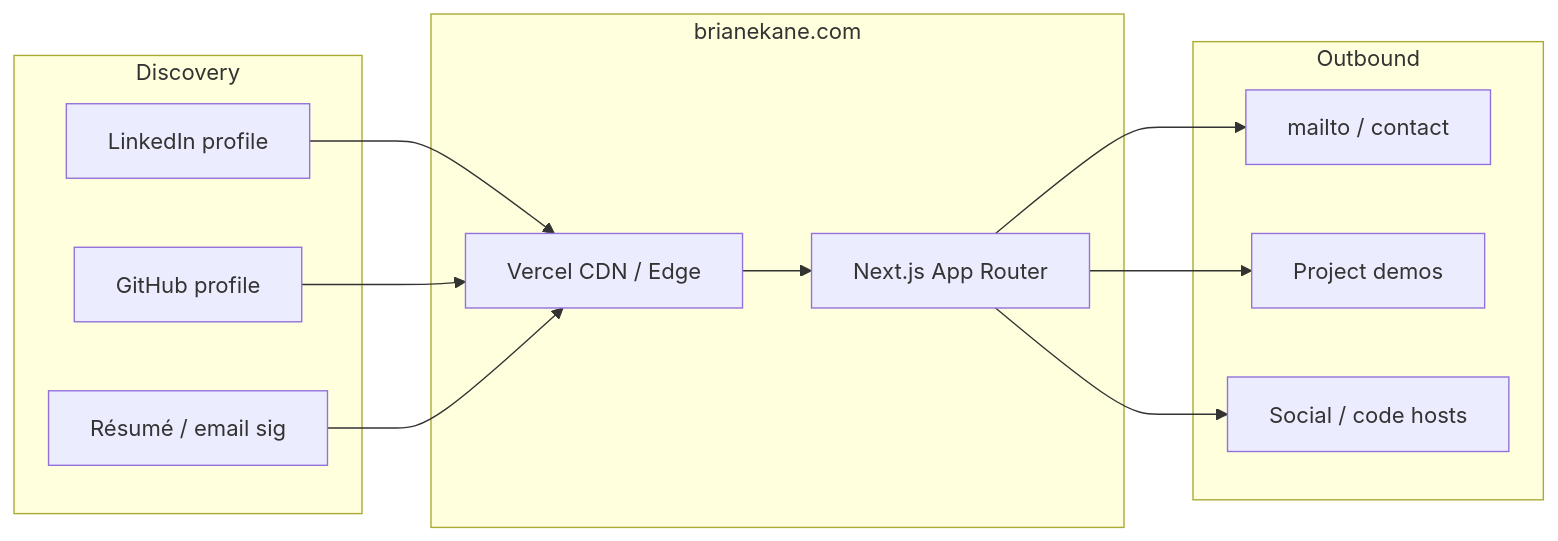
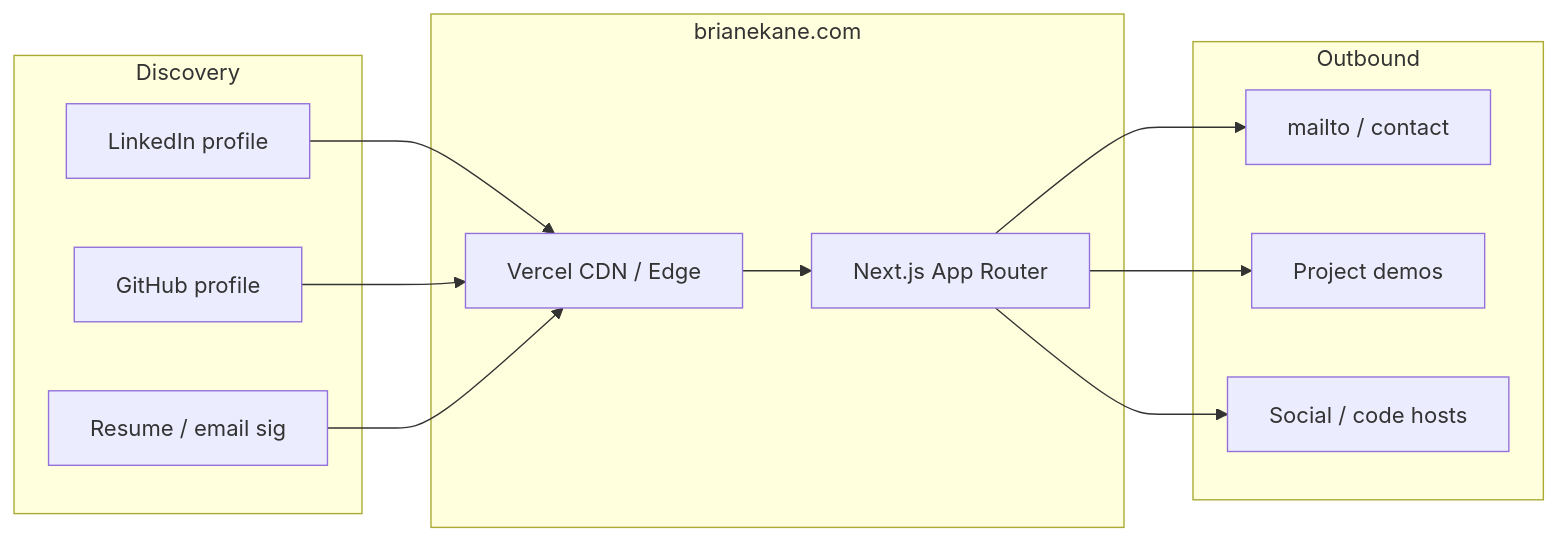
One commit to bkane56/bek_website changed the first of 2 diagrams in README.md. Above: the diagram before and after it, drawn with Mermaid. The commit also changed other lines of this file, not shown here.

First line of the commit message:
docs: fix Mermaid diagrams for GitHub rendering

````diff
--- a/README.md
+++ b/README.md
@@ -34,27 +34,27 @@
 ```mermaid
 flowchart LR
   subgraph sources["Discovery"]
     LI[LinkedIn profile]
     GH[GitHub profile]
-    CV[Résumé / email sig]
+    CV[Resume / email sig]
   end
 
   subgraph site["brianekane.com"]
     EDGE[Vercel CDN / Edge]
     APP[Next.js App Router]
   end
 
   subgraph external["Outbound"]
     MAIL[mailto / contact]
     DEMO[Project demos]
     SOCIAL[Social / code hosts]
   end
 
   LI --> EDGE
   GH --> EDGE
   CV --> EDGE
   EDGE --> APP
   APP --> MAIL
   APP --> DEMO
   APP --> SOCIAL
 ```
````
